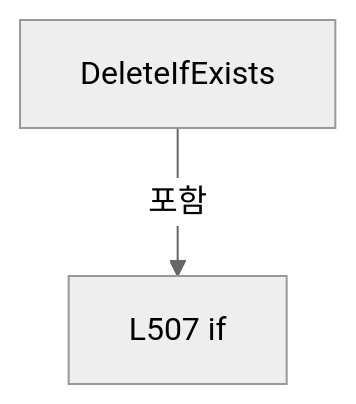
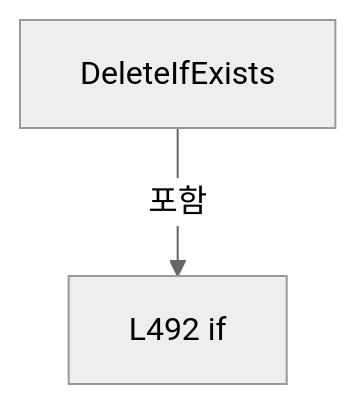
The ninth of 9 diagrams in A3 LD Code Ref/files/Drilling.File/Product/CProductFile.cs.md (kjuws10-rgb/Shared), drawn with Mermaid (neutral theme) before and after one commit. The commit also changed other lines of this file and 8055 other files, not shown here.

Commit message:
docs(a3): trace Stage Glass Data and refresh architecture and full code reference

````diff
--- a/A3 LD Code Ref/files/Drilling.File/Product/CProductFile.cs.md
+++ b/A3 LD Code Ref/files/Drilling.File/Product/CProductFile.cs.md
@@ -2619,6 +2609,6 @@
 ```mermaid
 flowchart TD
  M["DeleteIfExists"]
- N0["L507 if"]
+ N0["L492 if"]
  M -->|포함| N0
 ```
````
